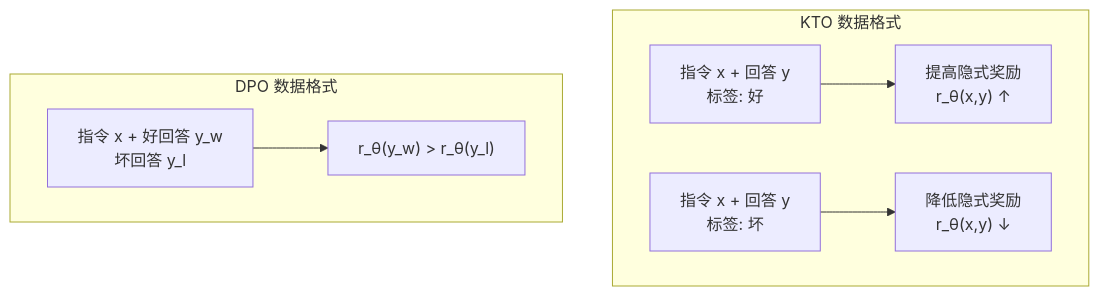
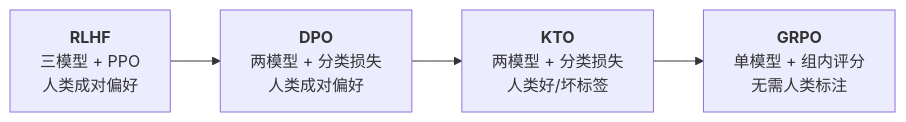
The first of 5 diagrams in docs/language-models/alignment/alignment-new-paradigms.md (fenixsoft/dmla), drawn with Mermaid before and after one commit. The commit also changed other lines of this file and 9 other files, not shown here.

````diff
--- a/docs/language-models/alignment/alignment-new-paradigms.md
+++ b/docs/language-models/alignment/alignment-new-paradigms.md
@@ -412,11 +11,6 @@
-```mermaid
-graph TB
-    subgraph KTO 数据格式
-        D1["指令 x + 回答 y<br/>标签: 好"] --> L1["提高隐式奖励<br/>r_θ(x,y) ↑"]
-        D2["指令 x + 回答 y<br/>标签: 坏"] --> L2["降低隐式奖励<br/>r_θ(x,y) ↓"]
-    end
-
-    subgraph DPO 数据格式
-        D3["指令 x + 好回答 y_w<br/>坏回答 y_l"] --> L3["r_θ(y_w) > r_θ(y_l)"]
-    end
+```mermaid compact
+graph LR
+    A["<b>RLHF</b><br/>三模型 + PPO<br/>人类成对偏好"] --> B["<b>DPO</b><br/>两模型 + 分类损失<br/>人类成对偏好"]
+    B --> C["<b>KTO</b><br/>两模型 + 分类损失<br/>人类好/坏标签"]
+    C --> D["<b>GRPO</b><br/>单模型 + 组内评分<br/>无需人类标注"]
 ```
````
